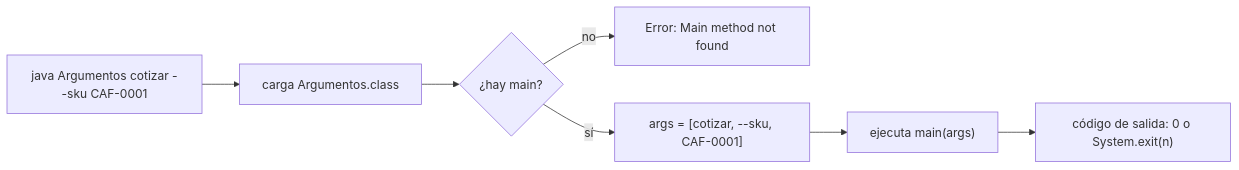
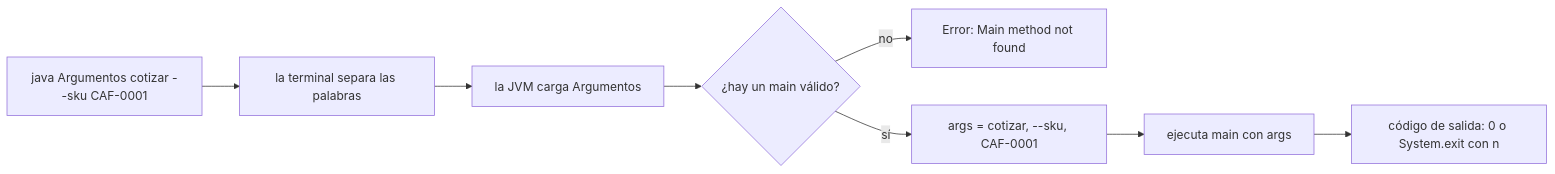
Before and after one commit to NICORUIZ93/The_Imperial_Book: the third of 9 diagrams in web/public/content/java/modulo-0.md, drawn with Mermaid. The commit also changed other lines of this file and 65 other files, not shown here.

````diff
--- a/web/public/content/java/modulo-0.md
+++ b/web/public/content/java/modulo-0.md
@@ -2150,9 +2340,10 @@
 ```mermaid
 flowchart LR
-  CMD["java Argumentos cotizar --sku CAF-0001"] --> LOAD["carga Argumentos.class"]
-  LOAD --> FIND{"¿hay main?"}
+  CMD["java Argumentos cotizar --sku CAF-0001"] --> SPLIT["la terminal separa las palabras"]
+  SPLIT --> LOAD["la JVM carga Argumentos"]
+  LOAD --> FIND{"¿hay un main válido?"}
   FIND -- no --> ERR["Error: Main method not found"]
-  FIND -- sí --> ARGS["args = [cotizar, --sku, CAF-0001]"]
-  ARGS --> RUN["ejecuta main(args)"]
-  RUN --> EXIT["código de salida: 0 o System.exit(n)"]
+  FIND -- sí --> ARGS["args = cotizar, --sku, CAF-0001"]
+  ARGS --> RUN["ejecuta main con args"]
+  RUN --> EXIT["código de salida: 0 o System.exit con n"]
 ```
````
